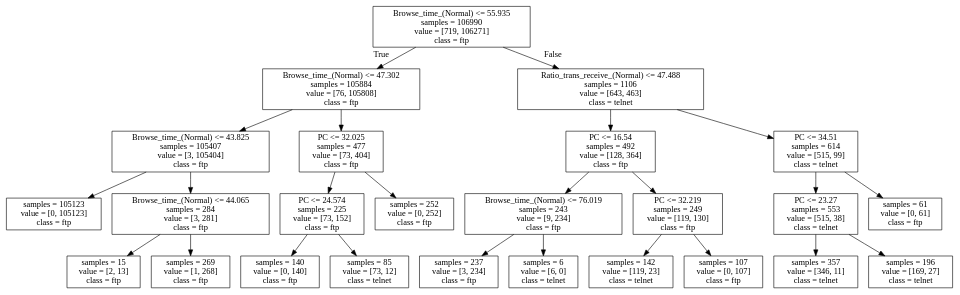
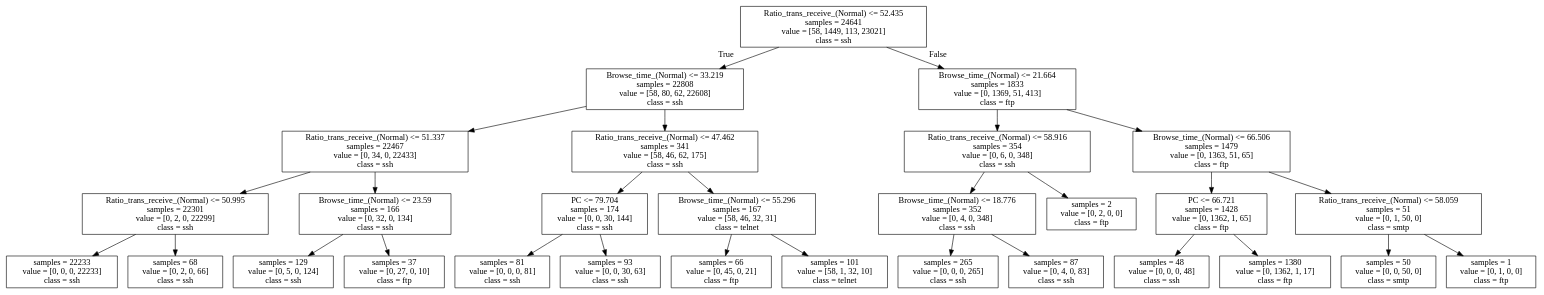
Before and after one commit to junimirang/SSH-Predictive-Model: the diagram in Result_Best_Row_Accuracy/DecisionTree.dot, drawn with Graphviz. The commit also changed 47 other files, not shown here.

```diff
--- a/Result_Best_Row_Accuracy/DecisionTree.dot
+++ b/Result_Best_Row_Accuracy/DecisionTree.dot
@@ -1,52 +1,60 @@
 digraph Tree {
 node [shape=box] ;
-0 [label="Browse_time_(Normal) <= 55.935\nsamples = 106990\nvalue = [719, 106271]\nclass = ftp"] ;
-1 [label="Browse_time_(Normal) <= 47.302\nsamples = 105884\nvalue = [76, 105808]\nclass = ftp"] ;
+0 [label="Ratio_trans_receive_(Normal) <= 52.435\nsamples = 24641\nvalue = [58, 1449, 113, 23021]\nclass = ssh"] ;
+1 [label="Browse_time_(Normal) <= 33.219\nsamples = 22808\nvalue = [58, 80, 62, 22608]\nclass = ssh"] ;
 0 -> 1 [labeldistance=2.5, labelangle=45, headlabel="True"] ;
-2 [label="Browse_time_(Normal) <= 43.825\nsamples = 105407\nvalue = [3, 105404]\nclass = ftp"] ;
+2 [label="Ratio_trans_receive_(Normal) <= 51.337\nsamples = 22467\nvalue = [0, 34, 0, 22433]\nclass = ssh"] ;
 1 -> 2 ;
-3 [label="samples = 105123\nvalue = [0, 105123]\nclass = ftp"] ;
+3 [label="Ratio_trans_receive_(Normal) <= 50.995\nsamples = 22301\nvalue = [0, 2, 0, 22299]\nclass = ssh"] ;
 2 -> 3 ;
-4 [label="Browse_time_(Normal) <= 44.065\nsamples = 284\nvalue = [3, 281]\nclass = ftp"] ;
-2 -> 4 ;
-5 [label="samples = 15\nvalue = [2, 13]\nclass = ftp"] ;
-4 -> 5 ;
-6 [label="samples = 269\nvalue = [1, 268]\nclass = ftp"] ;
-4 -> 6 ;
-7 [label="PC <= 32.025\nsamples = 477\nvalue = [73, 404]\nclass = ftp"] ;
-1 -> 7 ;
-8 [label="PC <= 24.574\nsamples = 225\nvalue = [73, 152]\nclass = ftp"] ;
-7 -> 8 ;
-9 [label="samples = 140\nvalue = [0, 140]\nclass = ftp"] ;
-8 -> 9 ;
-10 [label="samples = 85\nvalue = [73, 12]\nclass = telnet"] ;
-8 -> 10 ;
-11 [label="samples = 252\nvalue = [0, 252]\nclass = ftp"] ;
-7 -> 11 ;
-12 [label="Ratio_trans_receive_(Normal) <= 47.488\nsamples = 1106\nvalue = [643, 463]\nclass = telnet"] ;
-0 -> 12 [labeldistance=2.5, labelangle=-45, headlabel="False"] ;
-13 [label="PC <= 16.54\nsamples = 492\nvalue = [128, 364]\nclass = ftp"] ;
-12 -> 13 ;
-14 [label="Browse_time_(Normal) <= 76.019\nsamples = 243\nvalue = [9, 234]\nclass = ftp"] ;
+4 [label="samples = 22233\nvalue = [0, 0, 0, 22233]\nclass = ssh"] ;
+3 -> 4 ;
+5 [label="samples = 68\nvalue = [0, 2, 0, 66]\nclass = ssh"] ;
+3 -> 5 ;
+6 [label="Browse_time_(Normal) <= 23.59\nsamples = 166\nvalue = [0, 32, 0, 134]\nclass = ssh"] ;
+2 -> 6 ;
+7 [label="samples = 129\nvalue = [0, 5, 0, 124]\nclass = ssh"] ;
+6 -> 7 ;
+8 [label="samples = 37\nvalue = [0, 27, 0, 10]\nclass = ftp"] ;
+6 -> 8 ;
+9 [label="Ratio_trans_receive_(Normal) <= 47.462\nsamples = 341\nvalue = [58, 46, 62, 175]\nclass = ssh"] ;
+1 -> 9 ;
+10 [label="PC <= 79.704\nsamples = 174\nvalue = [0, 0, 30, 144]\nclass = ssh"] ;
+9 -> 10 ;
+11 [label="samples = 81\nvalue = [0, 0, 0, 81]\nclass = ssh"] ;
+10 -> 11 ;
+12 [label="samples = 93\nvalue = [0, 0, 30, 63]\nclass = ssh"] ;
+10 -> 12 ;
+13 [label="Browse_time_(Normal) <= 55.296\nsamples = 167\nvalue = [58, 46, 32, 31]\nclass = telnet"] ;
+9 -> 13 ;
+14 [label="samples = 66\nvalue = [0, 45, 0, 21]\nclass = ftp"] ;
 13 -> 14 ;
-15 [label="samples = 237\nvalue = [3, 234]\nclass = ftp"] ;
-14 -> 15 ;
-16 [label="samples = 6\nvalue = [6, 0]\nclass = telnet"] ;
-14 -> 16 ;
-17 [label="PC <= 32.219\nsamples = 249\nvalue = [119, 130]\nclass = ftp"] ;
-13 -> 17 ;
-18 [label="samples = 142\nvalue = [119, 23]\nclass = telnet"] ;
+15 [label="samples = 101\nvalue = [58, 1, 32, 10]\nclass = telnet"] ;
+13 -> 15 ;
+16 [label="Browse_time_(Normal) <= 21.664\nsamples = 1833\nvalue = [0, 1369, 51, 413]\nclass = ftp"] ;
+0 -> 16 [labeldistance=2.5, labelangle=-45, headlabel="False"] ;
+17 [label="Ratio_trans_receive_(Normal) <= 58.916\nsamples = 354\nvalue = [0, 6, 0, 348]\nclass = ssh"] ;
+16 -> 17 ;
+18 [label="Browse_time_(Normal) <= 18.776\nsamples = 352\nvalue = [0, 4, 0, 348]\nclass = ssh"] ;
 17 -> 18 ;
-19 [label="samples = 107\nvalue = [0, 107]\nclass = ftp"] ;
-17 -> 19 ;
-20 [label="PC <= 34.51\nsamples = 614\nvalue = [515, 99]\nclass = telnet"] ;
-12 -> 20 ;
-21 [label="PC <= 23.27\nsamples = 553\nvalue = [515, 38]\nclass = telnet"] ;
-20 -> 21 ;
-22 [label="samples = 357\nvalue = [346, 11]\nclass = telnet"] ;
-21 -> 22 ;
-23 [label="samples = 196\nvalue = [169, 27]\nclass = telnet"] ;
-21 -> 23 ;
-24 [label="samples = 61\nvalue = [0, 61]\nclass = ftp"] ;
-20 -> 24 ;
+19 [label="samples = 265\nvalue = [0, 0, 0, 265]\nclass = ssh"] ;
+18 -> 19 ;
+20 [label="samples = 87\nvalue = [0, 4, 0, 83]\nclass = ssh"] ;
+18 -> 20 ;
+21 [label="samples = 2\nvalue = [0, 2, 0, 0]\nclass = ftp"] ;
+17 -> 21 ;
+22 [label="Browse_time_(Normal) <= 66.506\nsamples = 1479\nvalue = [0, 1363, 51, 65]\nclass = ftp"] ;
+16 -> 22 ;
+23 [label="PC <= 66.721\nsamples = 1428\nvalue = [0, 1362, 1, 65]\nclass = ftp"] ;
+22 -> 23 ;
+24 [label="samples = 48\nvalue = [0, 0, 0, 48]\nclass = ssh"] ;
+23 -> 24 ;
+25 [label="samples = 1380\nvalue = [0, 1362, 1, 17]\nclass = ftp"] ;
+23 -> 25 ;
+26 [label="Ratio_trans_receive_(Normal) <= 58.059\nsamples = 51\nvalue = [0, 1, 50, 0]\nclass = smtp"] ;
+22 -> 26 ;
+27 [label="samples = 50\nvalue = [0, 0, 50, 0]\nclass = smtp"] ;
+26 -> 27 ;
+28 [label="samples = 1\nvalue = [0, 1, 0, 0]\nclass = ftp"] ;
+26 -> 28 ;
 }
```
